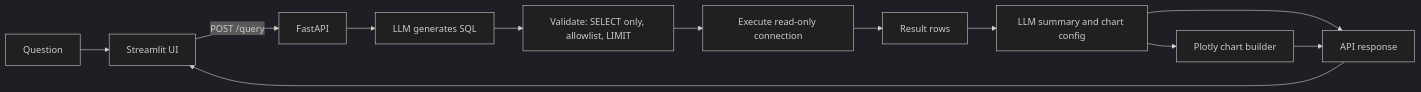
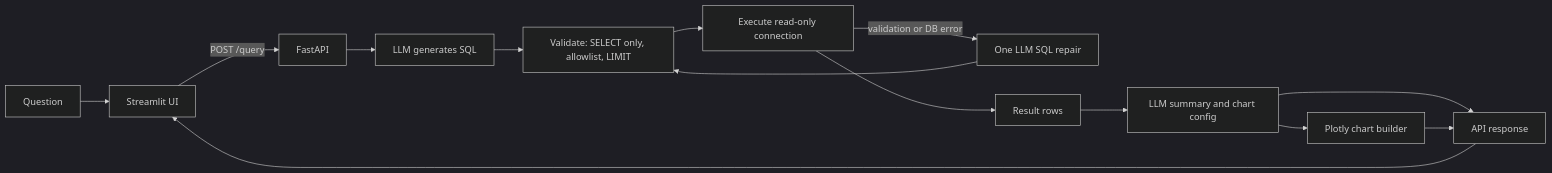
The diagram in README.md (solomonmulatu/talk-to-data-sql-assistant), drawn with Mermaid (dark theme) before and after one commit. The commit also changed other lines of this file and 2 other files, not shown here.

Commit message:
feat:execute with repair integrated

````diff
--- a/README.md
+++ b/README.md
@@ -28,14 +29,16 @@
 ```mermaid
 flowchart LR
     Q[Question] --> UI[Streamlit UI]
     UI -->|"POST /query"| API[FastAPI]
     API --> L[LLM generates SQL]
     L --> V[Validate: SELECT only, allowlist, LIMIT]
     V --> E[Execute read-only connection]
+    E -->|validation or DB error| Rpr[One LLM SQL repair]
+    Rpr --> V
     E --> R[Result rows]
     R --> S[LLM summary and chart config]
     S --> C[Plotly chart builder]
     S --> O[API response]
     C --> O
     O --> UI
 ```
````
